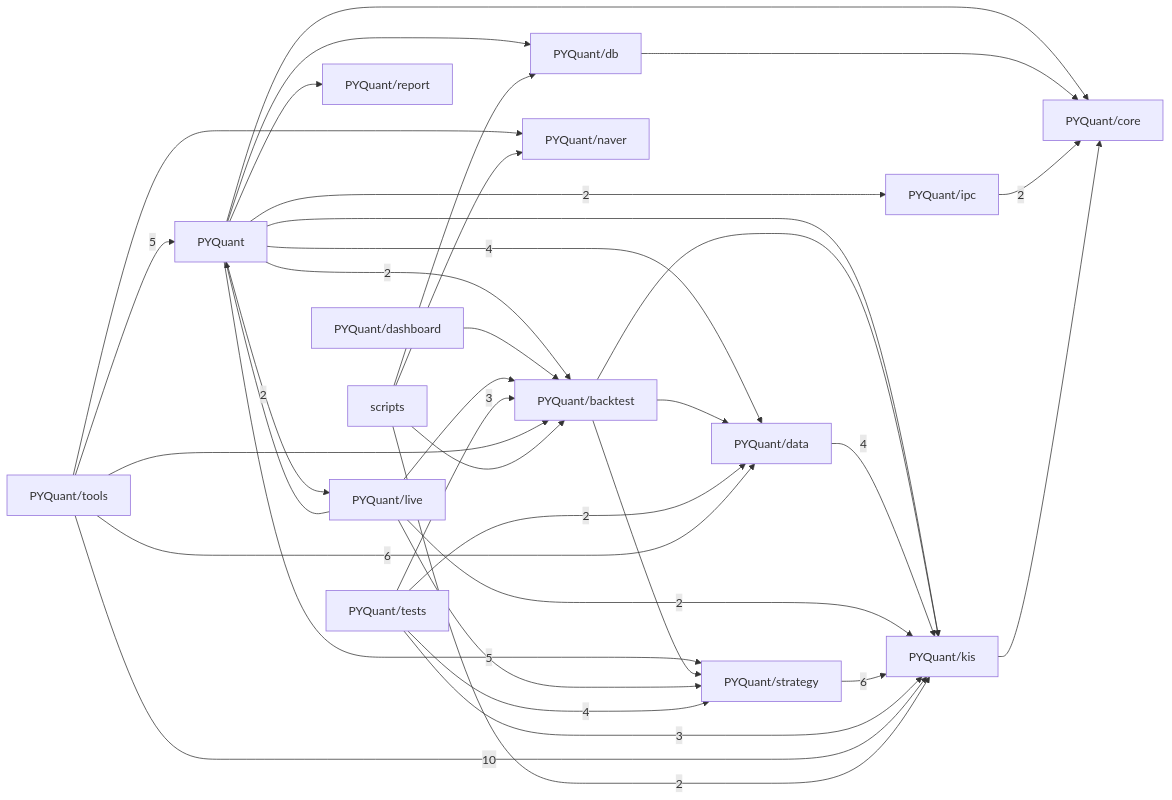
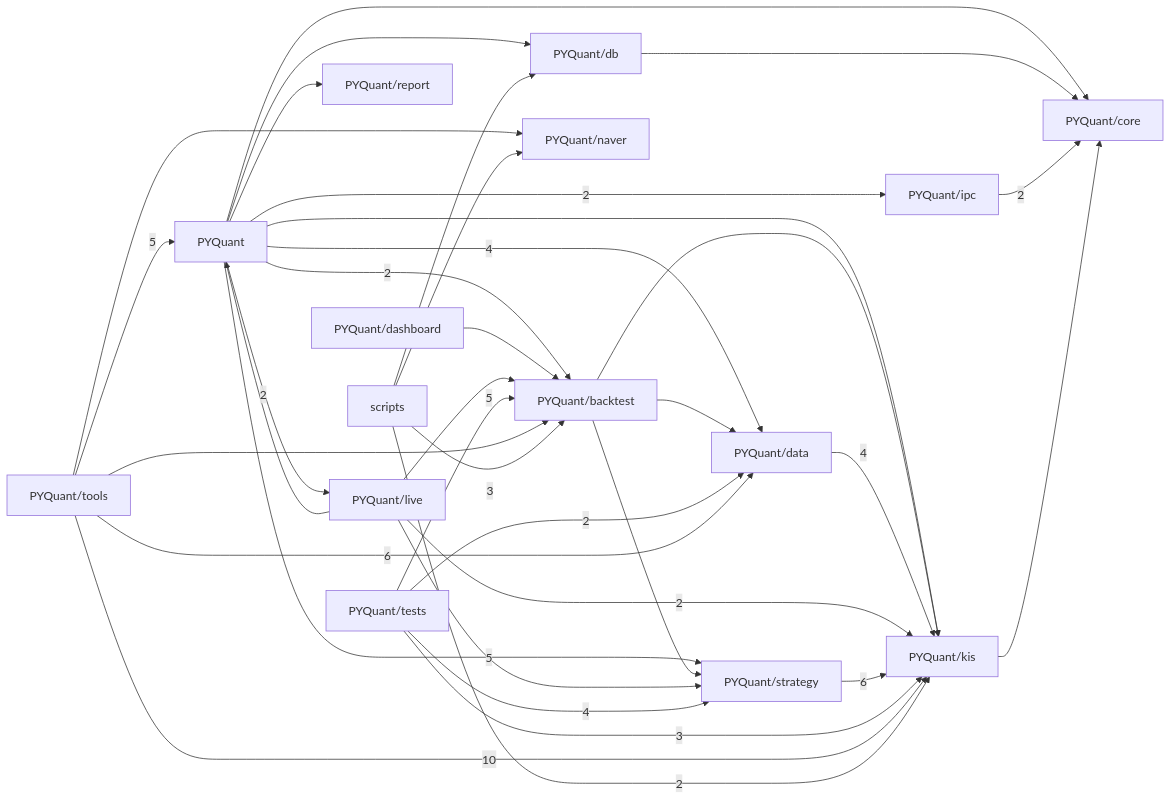
The third of 3 diagrams in docs/CODE_GRAPH.md (pypy8171/Quant), drawn with Mermaid before and after one commit. The commit also changed other lines of this file and 8 other files, not shown here.

````diff
--- a/docs/CODE_GRAPH.md
+++ b/docs/CODE_GRAPH.md
@@ -398,53 +398,53 @@
 ```mermaid
 graph LR
   p_PYQuant["PYQuant"]
   p_PYQuant_backtest["PYQuant/backtest"]
   p_PYQuant_core["PYQuant/core"]
   p_PYQuant_dashboard["PYQuant/dashboard"]
   p_PYQuant_data["PYQuant/data"]
   p_PYQuant_db["PYQuant/db"]
   p_PYQuant_ipc["PYQuant/ipc"]
   p_PYQuant_kis["PYQuant/kis"]
   p_PYQuant_live["PYQuant/live"]
   p_PYQuant_naver["PYQuant/naver"]
   p_PYQuant_report["PYQuant/report"]
   p_PYQuant_strategy["PYQuant/strategy"]
   p_PYQuant_tests["PYQuant/tests"]
   p_PYQuant_tools["PYQuant/tools"]
   p_scripts["scripts"]
   p_PYQuant -->|2| p_PYQuant_backtest
   p_PYQuant --> p_PYQuant_core
   p_PYQuant -->|4| p_PYQuant_data
   p_PYQuant --> p_PYQuant_db
   p_PYQuant -->|2| p_PYQuant_ipc
   p_PYQuant --> p_PYQuant_kis
   p_PYQuant -->|2| p_PYQuant_live
   p_PYQuant --> p_PYQuant_report
   p_PYQuant -->|5| p_PYQuant_strategy
   p_PYQuant_backtest --> p_PYQuant_data
   p_PYQuant_backtest --> p_PYQuant_kis
   p_PYQuant_backtest --> p_PYQuant_strategy
   p_PYQuant_dashboard --> p_PYQuant_backtest
   p_PYQuant_data -->|4| p_PYQuant_kis
   p_PYQuant_db --> p_PYQuant_core
   p_PYQuant_ipc -->|2| p_PYQuant_core
   p_PYQuant_kis --> p_PYQuant_core
   p_PYQuant_live --> p_PYQuant
   p_PYQuant_live --> p_PYQuant_backtest
   p_PYQuant_live -->|2| p_PYQuant_kis
   p_PYQuant_live --> p_PYQuant_strategy
   p_PYQuant_strategy -->|6| p_PYQuant_kis
-  p_PYQuant_tests -->|3| p_PYQuant_backtest
+  p_PYQuant_tests -->|5| p_PYQuant_backtest
   p_PYQuant_tests -->|2| p_PYQuant_data
   p_PYQuant_tests -->|3| p_PYQuant_kis
   p_PYQuant_tests -->|4| p_PYQuant_strategy
   p_PYQuant_tools -->|5| p_PYQuant
   p_PYQuant_tools --> p_PYQuant_backtest
   p_PYQuant_tools -->|6| p_PYQuant_data
   p_PYQuant_tools -->|10| p_PYQuant_kis
   p_PYQuant_tools --> p_PYQuant_naver
-  p_scripts --> p_PYQuant_backtest
+  p_scripts -->|3| p_PYQuant_backtest
   p_scripts --> p_PYQuant_db
   p_scripts -->|2| p_PYQuant_kis
   p_scripts --> p_PYQuant_naver
 ```
````
